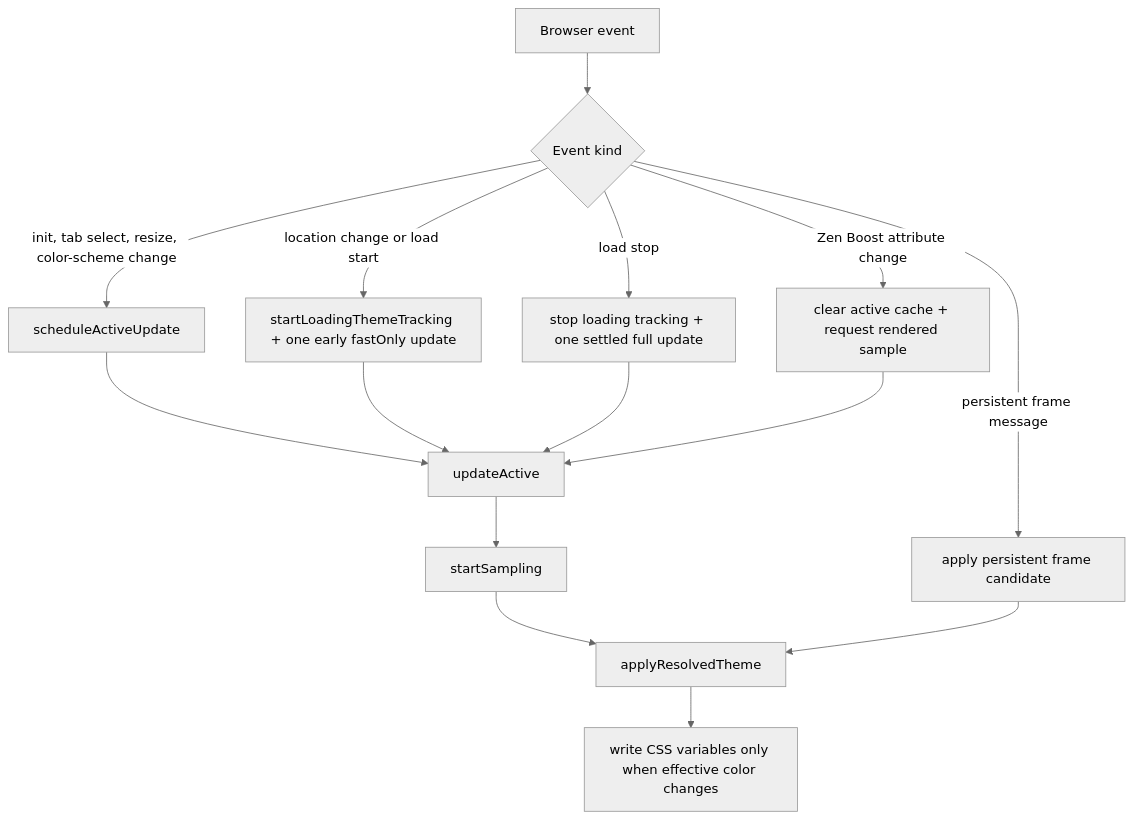
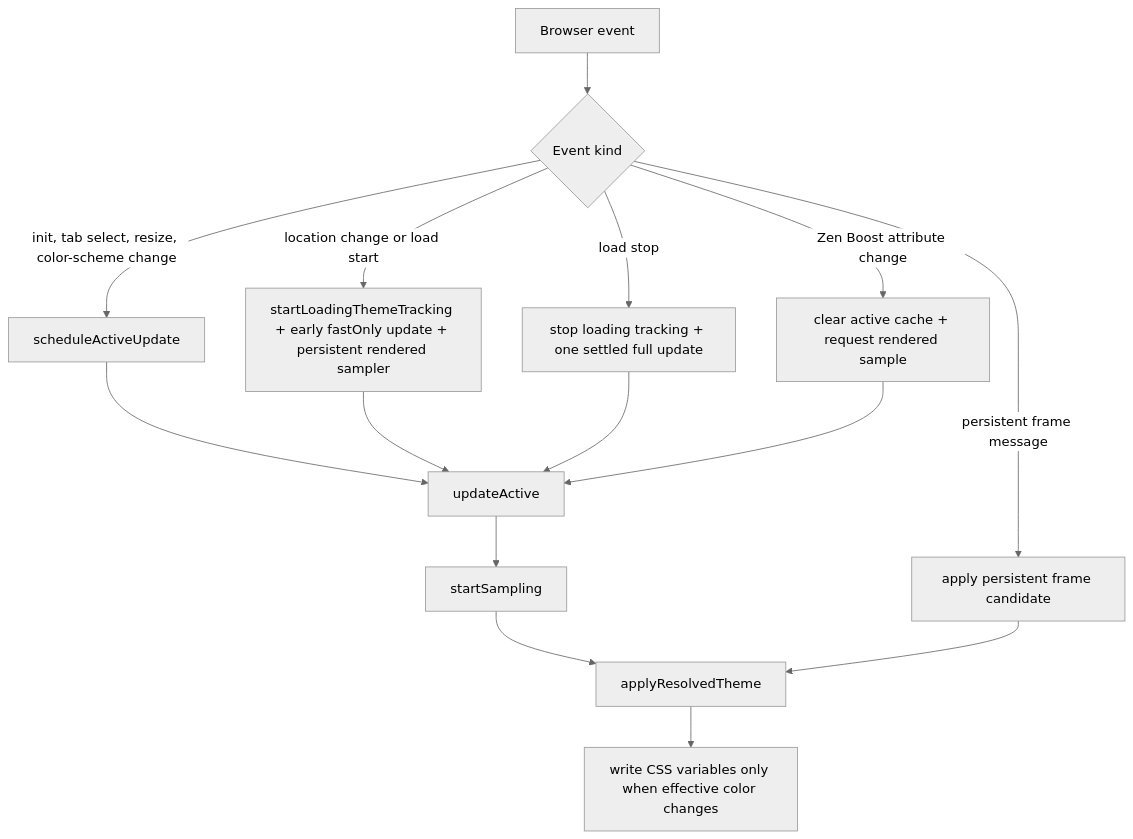
One commit to kkugot/blended-addressbar changed the first of 3 diagrams in docs/color-architecture.md. Above: the diagram before and after it, drawn with Mermaid (neutral theme). The commit also changed other lines of this file and 5 other files, not shown here.

Commit message:
Start sampling on early loading updates

````diff
--- a/docs/color-architecture.md
+++ b/docs/color-architecture.md
@@ -26,20 +26,20 @@
 ```mermaid
 flowchart TD
   Event["Browser event"] --> Kind{"Event kind"}
 
   Kind -->|init, tab select, resize, color-scheme change| Schedule["scheduleActiveUpdate"]
-  Kind -->|location change or load start| Loading["startLoadingThemeTracking + one early fastOnly update"]
+  Kind -->|location change or load start| Loading["startLoadingThemeTracking + early fastOnly update + persistent rendered sampler"]
   Kind -->|load stop| Settled["stop loading tracking + one settled full update"]
   Kind -->|persistent frame message| Persistent["apply persistent frame candidate"]
   Kind -->|Zen Boost attribute change| Boost["clear active cache + request rendered sample"]
 
   Schedule --> Update["updateActive"]
   Loading --> Update
   Settled --> Update
   Boost --> Update
 
   Update --> Start["startSampling"]
   Start --> Resolve["applyResolvedTheme"]
   Persistent --> Resolve
   Resolve --> Commit["write CSS variables only when effective color changes"]
 ```
````
